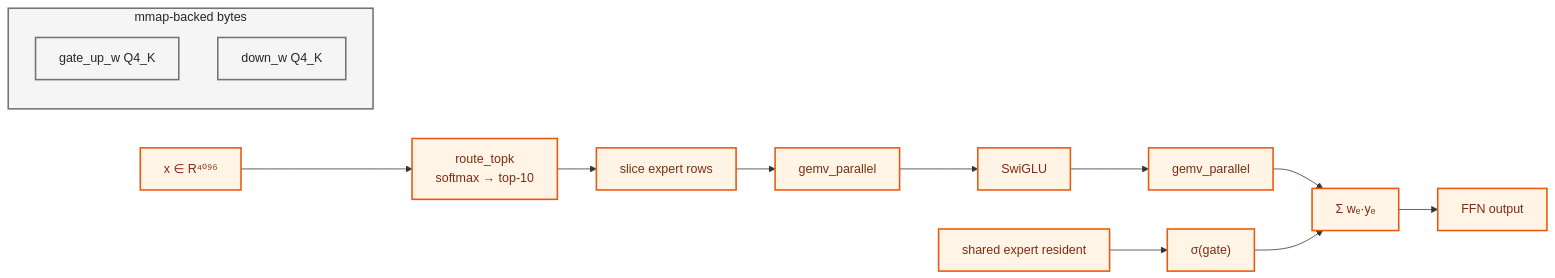
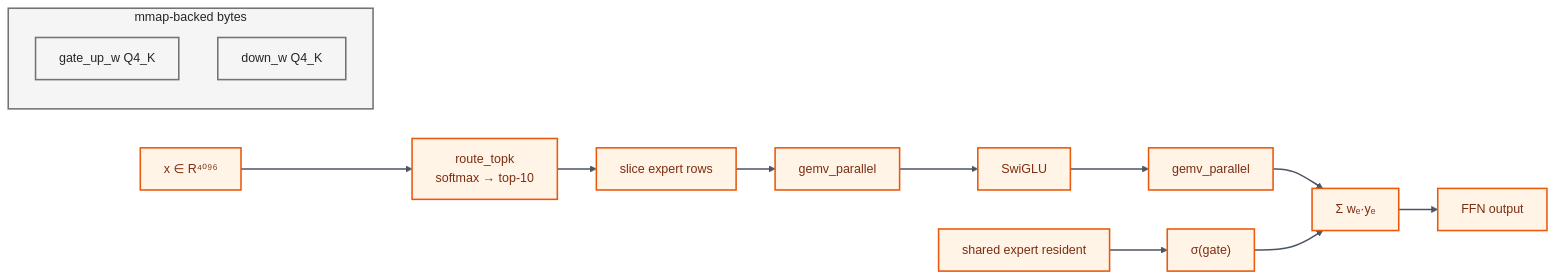
One commit to Shindevrp/qwen3-5-397b-in-rust changed the sixth of 7 diagrams in README.md. Above: the diagram before and after it, drawn with Mermaid. The commit also changed other lines of this file, not shown here.

First line of the commit message:
docs: unify Mermaid diagram styling for consistency

````diff
--- a/README.md
+++ b/README.md
@@ -299,21 +302,22 @@
 ```mermaid
 flowchart LR
     X["x ∈ R⁴⁰⁹⁶"] --> RT["route_topk<br/>softmax → top-10"]
     RT --> SL["slice expert rows"]
     subgraph MM["mmap-backed bytes"]
         GU["gate_up_w Q4_K"]
         DN["down_w Q4_K"]
     end
     SL --> GV1["gemv_parallel"]
     GV1 --> SW["SwiGLU"]
     SW --> GV2["gemv_parallel"]
     GV2 --> WS["Σ wₑ·yₑ"]
     SH["shared expert resident"] --> GA["σ(gate)"]
     GA --> WS
     WS --> OUT["FFN output"]
 
     classDef model fill:#FFF4E6,stroke:#EA580C,stroke-width:2px,color:#7C2D12;
     classDef shared fill:#F5F5F5,stroke:#737373,stroke-width:2px,color:#262626;
     class X,RT,SL,GV1,SW,GV2,WS,SH,GA,OUT model;
     class MM,GU,DN shared;
+    linkStyle default stroke:#4b5563,stroke-width:2px;
 ```
````
